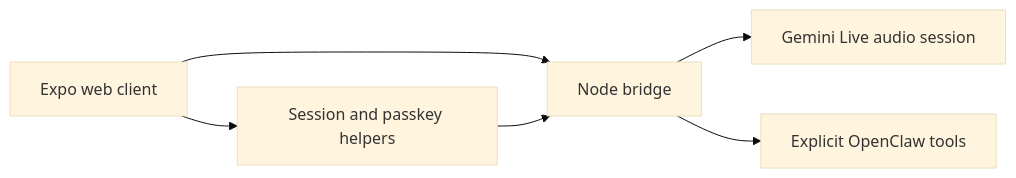
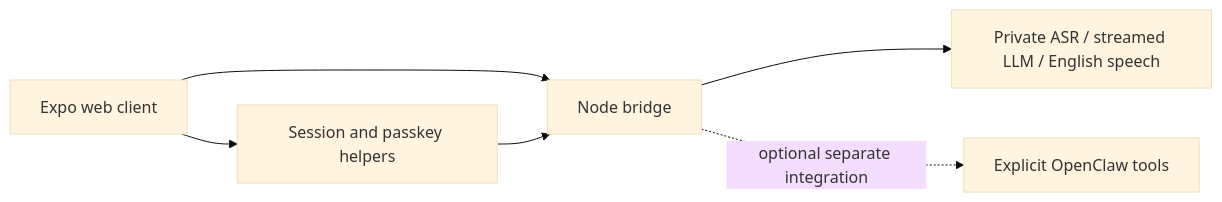
One commit to m8appz-dotcom/m8-live-voice-assistant-public changed the diagram in README.md. Above: the diagram before and after it, drawn with Mermaid (base theme). The commit also changed other lines of this file and 24 other files, not shown here.

Commit message:
feat: stream private English voice through Spark and migrate to Expo 58

````diff
--- a/README.md
+++ b/README.md
@@ -25,8 +25,8 @@
 ```mermaid
 flowchart LR
     A[Expo web client] --> B[Node bridge]
-    B --> C[Gemini Live audio session]
-    B --> D[Explicit OpenClaw tools]
+    B --> C[Private ASR / streamed LLM / English speech]
+    B -. optional separate integration .-> D[Explicit OpenClaw tools]
     A --> E[Session and passkey helpers]
     E --> B
 ```
````
